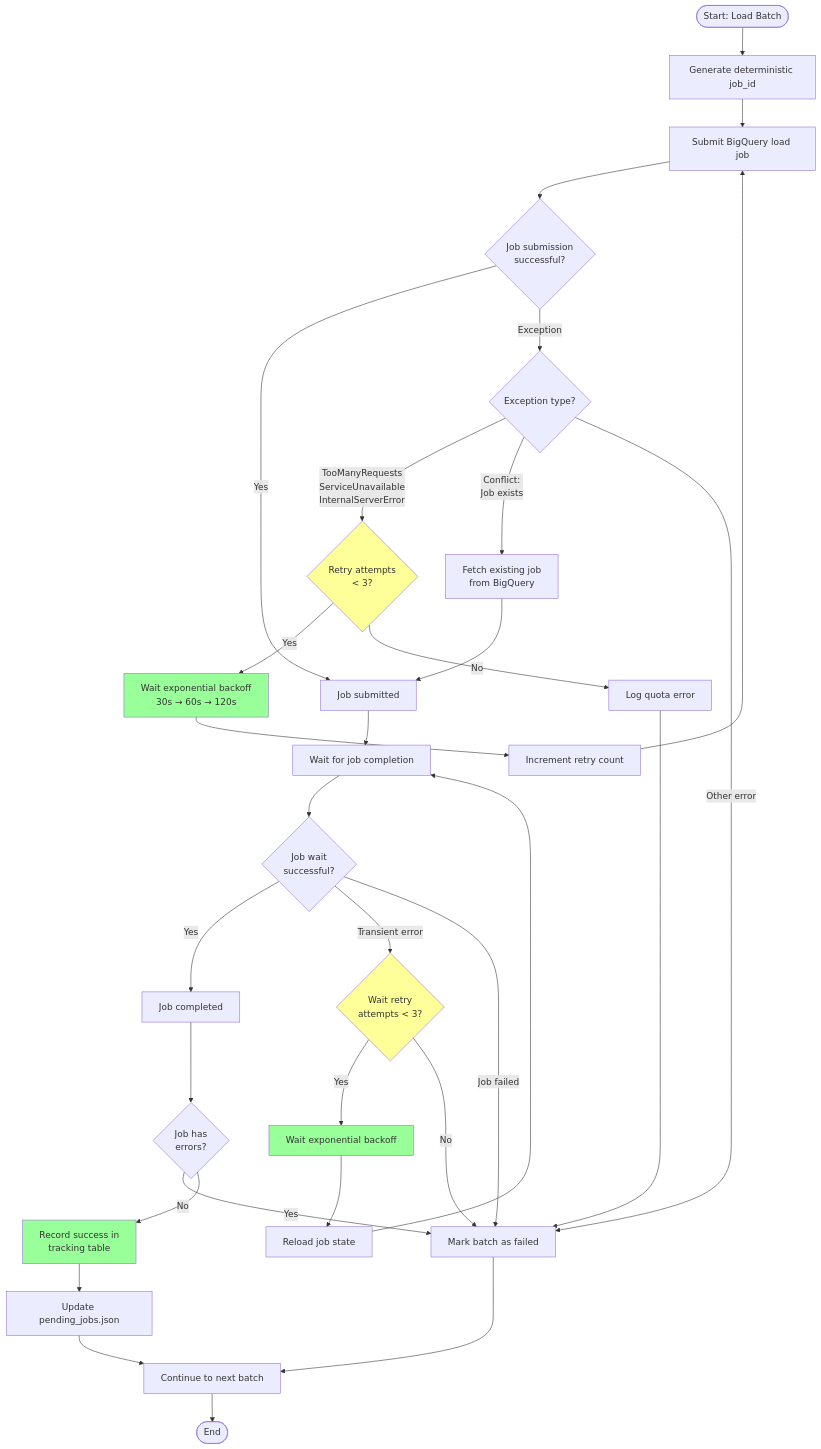
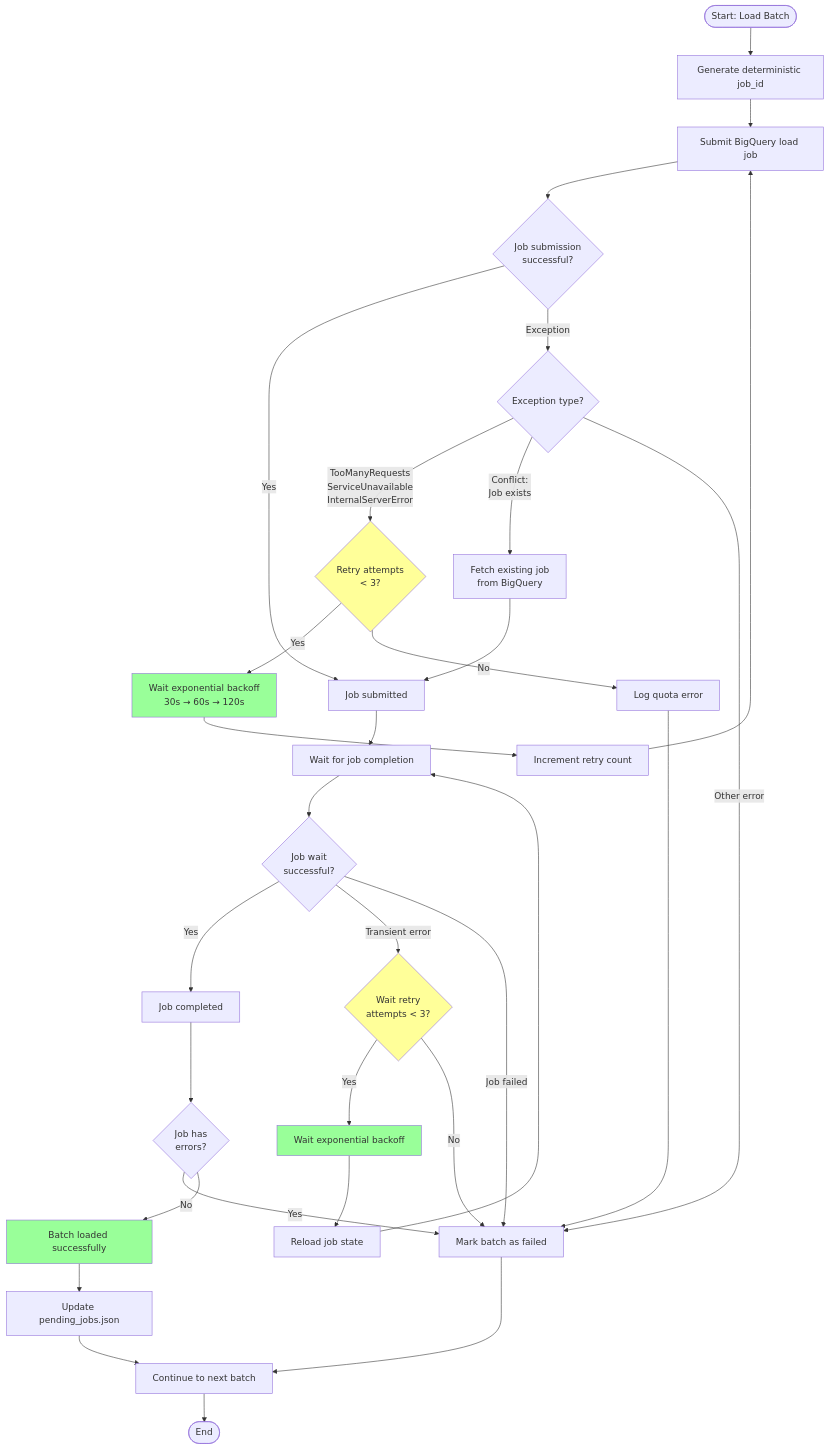
One commit to broadinstitute/gatk changed the fourth of 5 diagrams in scripts/variantstore/docs/parquet/parquet_loading_fault_tolerance_uml.md. Above: the diagram before and after it, drawn with Mermaid. The commit also changed other lines of this file and 10 other files, not shown here.

````diff
--- a/scripts/variantstore/docs/parquet/parquet_loading_fault_tolerance_uml.md
+++ b/scripts/variantstore/docs/parquet/parquet_loading_fault_tolerance_uml.md
@@ -200,52 +190,52 @@
 ```mermaid
 flowchart TD
     Start([Start: Load Batch]) --> GenID[Generate deterministic job_id]
     GenID --> Submit[Submit BigQuery load job]
     
     Submit --> CheckSubmit{Job submission<br/>successful?}
     
     CheckSubmit -->|Yes| Submitted[Job submitted]
     CheckSubmit -->|Exception| CheckError{Exception type?}
     
     CheckError -->|TooManyRequests<br/>ServiceUnavailable<br/>InternalServerError| CheckRetry{Retry attempts<br/>< 3?}
     CheckError -->|Conflict:<br/>Job exists| FetchJob[Fetch existing job<br/>from BigQuery]
     CheckError -->|Other error| MarkFailed[Mark batch as failed]
     
     CheckRetry -->|Yes| Wait[Wait exponential backoff<br/>30s → 60s → 120s]
     CheckRetry -->|No| LogQuota[Log quota error]
     LogQuota --> MarkFailed
     
     Wait --> IncRetry[Increment retry count]
     IncRetry --> Submit
     
     FetchJob --> Submitted
     Submitted --> WaitComplete[Wait for job completion]
     
     WaitComplete --> CheckWait{Job wait<br/>successful?}
     
     CheckWait -->|Yes| JobDone[Job completed]
     CheckWait -->|Transient error| CheckWaitRetry{Wait retry<br/>attempts < 3?}
     CheckWait -->|Job failed| MarkFailed
     
     CheckWaitRetry -->|Yes| WaitRetry[Wait exponential backoff]
     CheckWaitRetry -->|No| MarkFailed
     
     WaitRetry --> Reload[Reload job state]
     Reload --> WaitComplete
     
     JobDone --> CheckErrors{Job has<br/>errors?}
     CheckErrors -->|Yes| MarkFailed
-    CheckErrors -->|No| RecordSuccess[Record success in<br/>tracking table]
+    CheckErrors -->|No| BatchSuccess[Batch loaded successfully]
     
-    RecordSuccess --> UpdatePending[Update pending_jobs.json]
+    BatchSuccess --> UpdatePending[Update pending_jobs.json]
     UpdatePending --> NextBatch[Continue to next batch]
     MarkFailed --> NextBatch
     
     NextBatch --> End([End])
     
     style CheckRetry fill:#ff9
     style CheckWaitRetry fill:#ff9
     style Wait fill:#9f9
     style WaitRetry fill:#9f9
-    style RecordSuccess fill:#9f9
+    style BatchSuccess fill:#9f9
 ```
````
